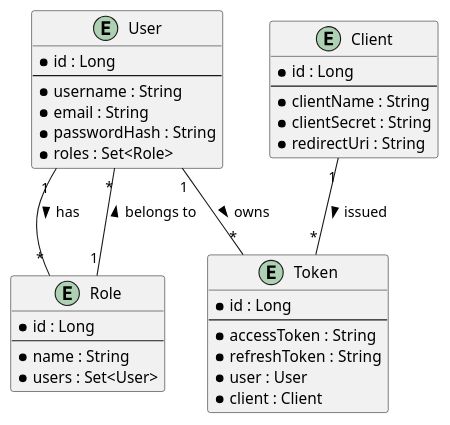
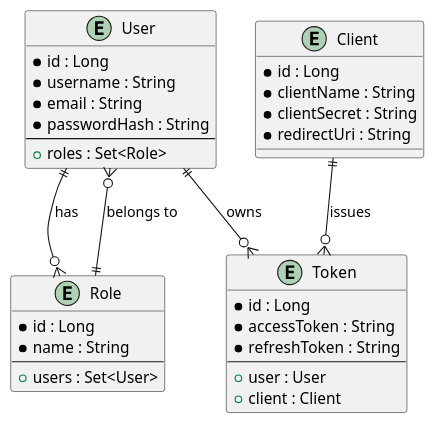
One commit to shreya-cn/autodev.ai changed the fifth of 5 diagrams in identityprovider/documentation/detaileddesign.adoc. Above: the diagram before and after it, drawn with PlantUML. The commit also changed other lines of this file and 3 other files, not shown here.

```diff
--- a/identityprovider/documentation/detaileddesign.adoc
+++ b/identityprovider/documentation/detaileddesign.adoc
@@ -358,42 +340,41 @@
 [plantuml, entity-relationship-diagram, png]
 ----
 @startuml
 entity "User" {
-  * id : Long
+  *id : Long
+  *username : String
+  *email : String
+  *passwordHash : String
   --
-  * username : String
-  * email : String
-  * passwordHash : String
-  * roles : Set<Role>
+  +roles : Set<Role>
 }
 
 entity "Role" {
-  * id : Long
+  *id : Long
+  *name : String
   --
-  * name : String
-  * users : Set<User>
+  +users : Set<User>
 }
 
 entity "Client" {
-  * id : Long
-  --
-  * clientName : String
-  * clientSecret : String
-  * redirectUri : String
+  *id : Long
+  *clientName : String
+  *clientSecret : String
+  *redirectUri : String
 }
 
 entity "Token" {
-  * id : Long
+  *id : Long
+  *accessToken : String
+  *refreshToken : String
   --
-  * accessToken : String
-  * refreshToken : String
-  * user : User
-  * client : Client
+  +user : User
+  +client : Client
 }
 
-User "1" -- "*" Role : has >
-Role "1" -- "*" User : belongs to >
-User "1" -- "*" Token : owns >
-Client "1" -- "*" Token : issued >
+User ||--o{ Role : has
+Role ||--o{ User : belongs to
+User ||--o{ Token : owns
+Client ||--o{ Token : issues
 @enduml
 ----
```
